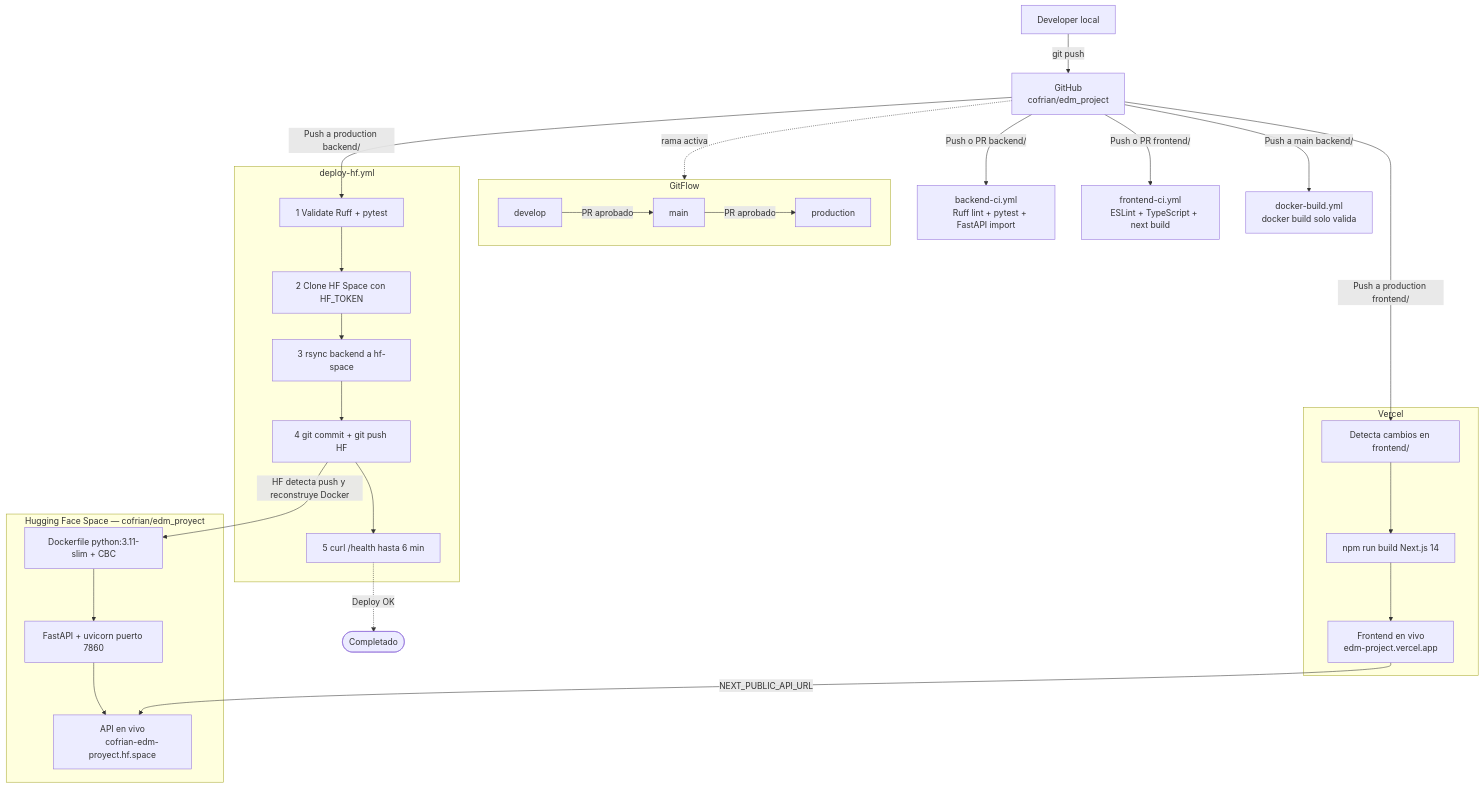
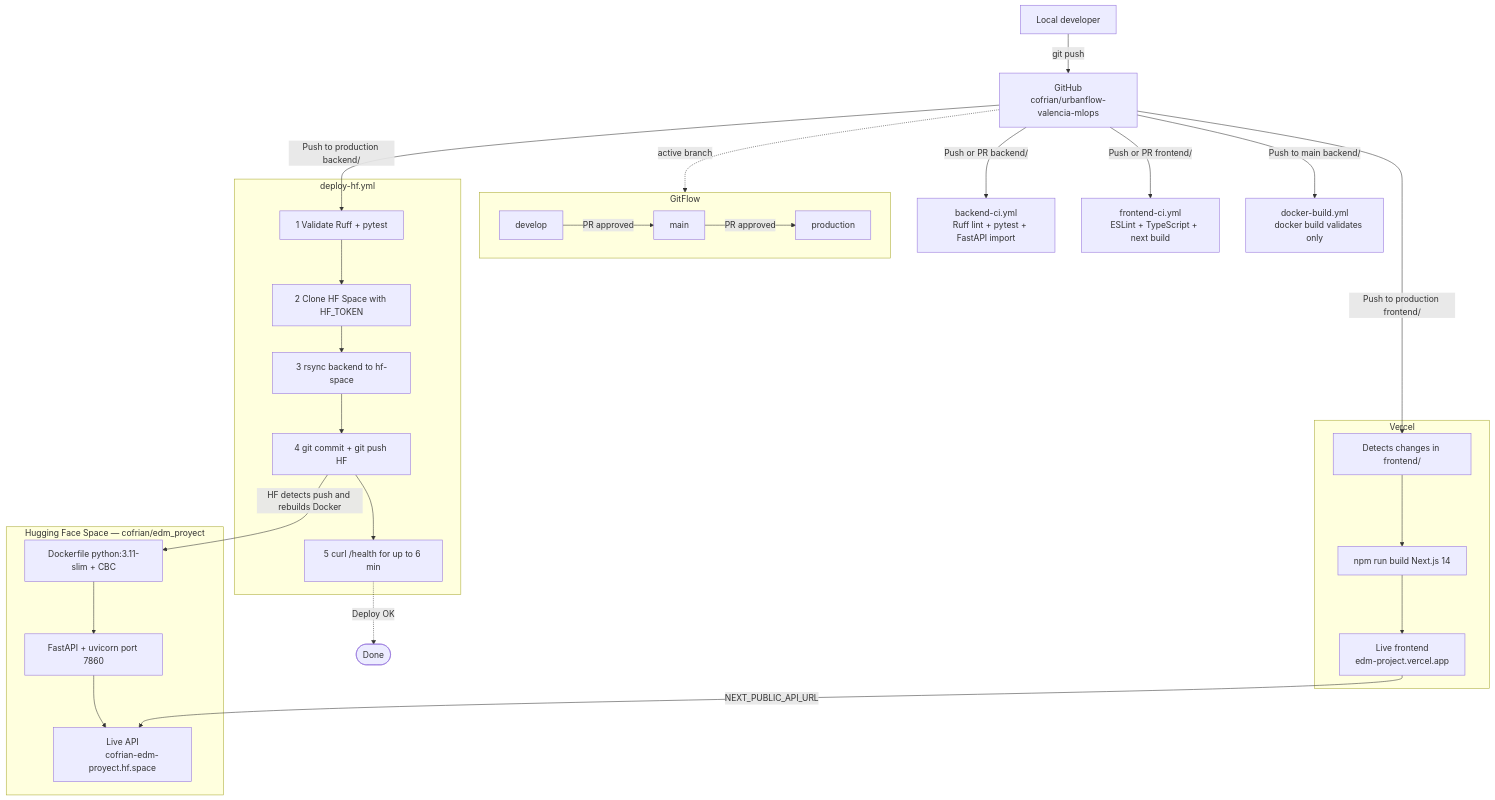
One commit to cofrian/edm_project changed the third of 3 diagrams in README.md. Above: the diagram before and after it, drawn with Mermaid. The commit also changed other lines of this file and 2 other files, not shown here.

````diff
--- a/README.md
+++ b/README.md
@@ -520,46 +522,46 @@
 ```mermaid
 flowchart TD
-    DEV["Developer local"] -->|git push| GH["GitHub\ncofrian/edm_project"]
+    DEV["Local developer"] -->|git push| GH["GitHub\ncofrian/urbanflow-valencia-mlops"]
 
     subgraph GITFLOW["GitFlow"]
-        d[develop] -->|PR aprobado| m[main]
-        m -->|PR aprobado| p[production]
+        d[develop] -->|PR approved| m[main]
+        m -->|PR approved| p[production]
     end
 
-    GH -.->|rama activa| GITFLOW
+    GH -.->|active branch| GITFLOW
 
-    GH -->|"Push o PR backend/"| CI_BE["backend-ci.yml
+    GH -->|"Push or PR backend/"| CI_BE["backend-ci.yml
     Ruff lint + pytest + FastAPI import"]
-    GH -->|"Push o PR frontend/"| CI_FE["frontend-ci.yml
+    GH -->|"Push or PR frontend/"| CI_FE["frontend-ci.yml
     ESLint + TypeScript + next build"]
-    GH -->|"Push a main backend/"| CI_DK["docker-build.yml
-    docker build solo valida"]
+    GH -->|"Push to main backend/"| CI_DK["docker-build.yml
+    docker build validates only"]
 
-    GH -->|"Push a production backend/"| DH1
+    GH -->|"Push to production backend/"| DH1
 
     subgraph DHF["deploy-hf.yml"]
-        DH1["1 Validate Ruff + pytest"] --> DH2["2 Clone HF Space con HF_TOKEN"]
-        DH2 --> DH3["3 rsync backend a hf-space"]
+        DH1["1 Validate Ruff + pytest"] --> DH2["2 Clone HF Space with HF_TOKEN"]
+        DH2 --> DH3["3 rsync backend to hf-space"]
         DH3 --> DH4["4 git commit + git push HF"]
-        DH4 --> DH5["5 curl /health hasta 6 min"]
+        DH4 --> DH5["5 curl /health for up to 6 min"]
     end
 
-    DH4 -->|"HF detecta push y reconstruye Docker"| HF1
+    DH4 -->|"HF detects push and rebuilds Docker"| HF1
 
     subgraph HFSPACE["Hugging Face Space — cofrian/edm_proyect"]
-        HF1["Dockerfile python:3.11-slim + CBC"] --> HF2["FastAPI + uvicorn puerto 7860"]
-        HF2 --> HF_URL["API en vivo
+        HF1["Dockerfile python:3.11-slim + CBC"] --> HF2["FastAPI + uvicorn port 7860"]
+        HF2 --> HF_URL["Live API
         cofrian-edm-proyect.hf.space"]
     end
 
-    GH -->|"Push a production frontend/"| V1
+    GH -->|"Push to production frontend/"| V1
 
     subgraph VERCEL["Vercel"]
-        V1["Detecta cambios en frontend/"] --> V2["npm run build Next.js 14"]
-        V2 --> V_URL["Frontend en vivo
+        V1["Detects changes in frontend/"] --> V2["npm run build Next.js 14"]
+        V2 --> V_URL["Live frontend
         edm-project.vercel.app"]
     end
 
     V_URL -->|"NEXT_PUBLIC_API_URL"| HF_URL
-    DH5 -.->|"Deploy OK"| DONE(["Completado"])
+    DH5 -.->|"Deploy OK"| DONE(["Done"])
 ```
````
